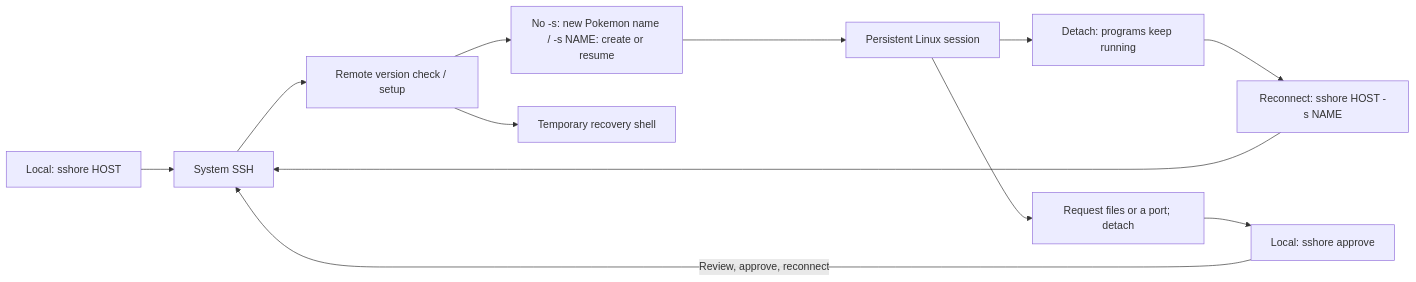
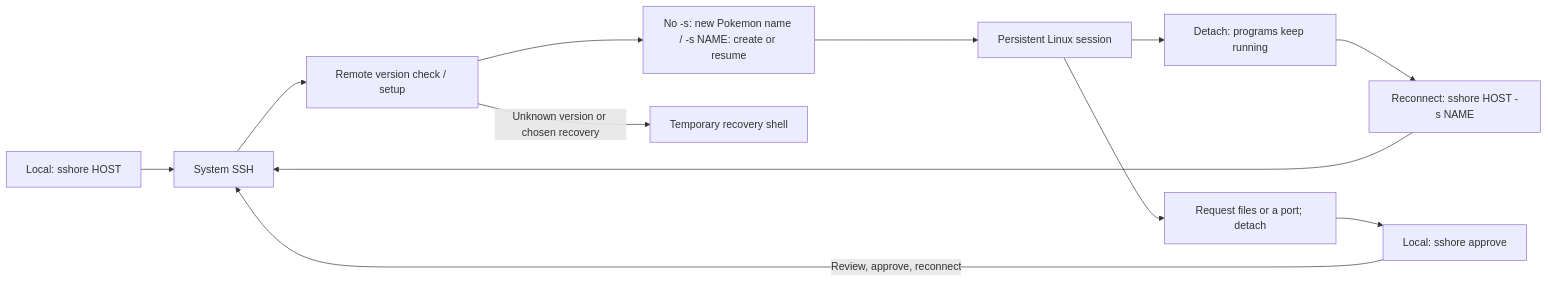
The diagram in README.md (jay-waves/sshore), drawn with Mermaid before and after one commit. The commit also changed other lines of this file and 23 other files, not shown here.

````diff
--- a/README.md
+++ b/README.md
@@ -23,14 +23,14 @@
 ```mermaid
 flowchart LR
     local["Local: sshore HOST"] --> ssh["System SSH"]
     ssh --> setup["Remote version check / setup"]
     setup --> select["No -s: new Pokemon name / -s NAME: create or resume"]
     select --> session["Persistent Linux session"]
-    setup --> recovery["Temporary recovery shell"]
+    setup -->|"Unknown version or chosen recovery"| recovery["Temporary recovery shell"]
     session --> detach["Detach: programs keep running"]
     detach --> resume["Reconnect: sshore HOST -s NAME"]
     resume --> ssh
     session --> request["Request files or a port; detach"]
     request --> approve["Local: sshore approve"]
     approve -->|"Review, approve, reconnect"| ssh
 ```
````
